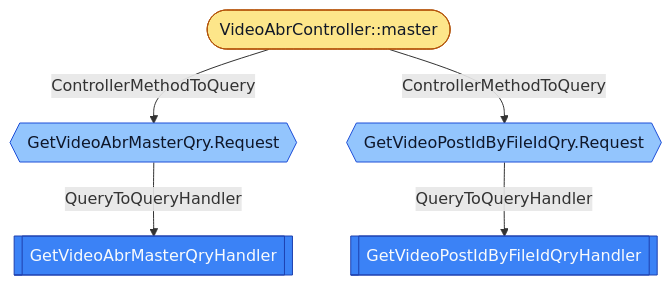
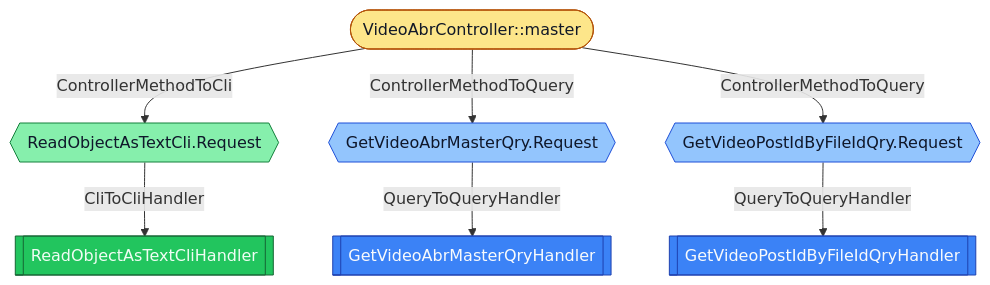
Before and after one commit to LDmoxeii/only-danmuku: the diagram in flows/edu_only4_danmuku_adapter_portal_api_web_VideoAbrController_master.mmd, drawn with Mermaid. The commit also changed 113 other files, not shown here.

```diff
--- a/flows/edu_only4_danmuku_adapter_portal_api_web_VideoAbrController_master.mmd
+++ b/flows/edu_only4_danmuku_adapter_portal_api_web_VideoAbrController_master.mmd
@@ -1,18 +1,26 @@
 flowchart TD
-  N1[[GetVideoAbrMasterQryHandler]]
-  class N1 queryhandler
-  N2[[GetVideoPostIdByFileIdQryHandler]]
+  N1[[ReadObjectAsTextCliHandler]]
+  class N1 clihandler
+  N2[[GetVideoAbrMasterQryHandler]]
   class N2 queryhandler
-  N3([VideoAbrController::master])
-  class N3 controllermethod
-  N4{{GetVideoAbrMasterQry.Request}}
-  class N4 query
-  N5{{GetVideoPostIdByFileIdQry.Request}}
-  class N5 query
-  N3 -->|ControllerMethodToQuery| N4
-  N3 -->|ControllerMethodToQuery| N5
-  N4 -->|QueryToQueryHandler| N1
-  N5 -->|QueryToQueryHandler| N2
+  N3[[GetVideoPostIdByFileIdQryHandler]]
+  class N3 queryhandler
+  N4([VideoAbrController::master])
+  class N4 controllermethod
+  N5{{ReadObjectAsTextCli.Request}}
+  class N5 cli
+  N6{{GetVideoAbrMasterQry.Request}}
+  class N6 query
+  N7{{GetVideoPostIdByFileIdQry.Request}}
+  class N7 query
+  N4 -->|ControllerMethodToCli| N5
+  N4 -->|ControllerMethodToQuery| N6
+  N4 -->|ControllerMethodToQuery| N7
+  N5 -->|CliToCliHandler| N1
+  N6 -->|QueryToQueryHandler| N2
+  N7 -->|QueryToQueryHandler| N3
+  classDef cli fill:#86EFAC,stroke:#15803D,color:#0F172A
+  classDef clihandler fill:#22C55E,stroke:#166534,color:#F0FDF4
   classDef controllermethod fill:#FDE68A,stroke:#B45309,color:#111827
   classDef query fill:#93C5FD,stroke:#1D4ED8,color:#0F172A
   classDef queryhandler fill:#3B82F6,stroke:#1E40AF,color:#F8FAFC
```
